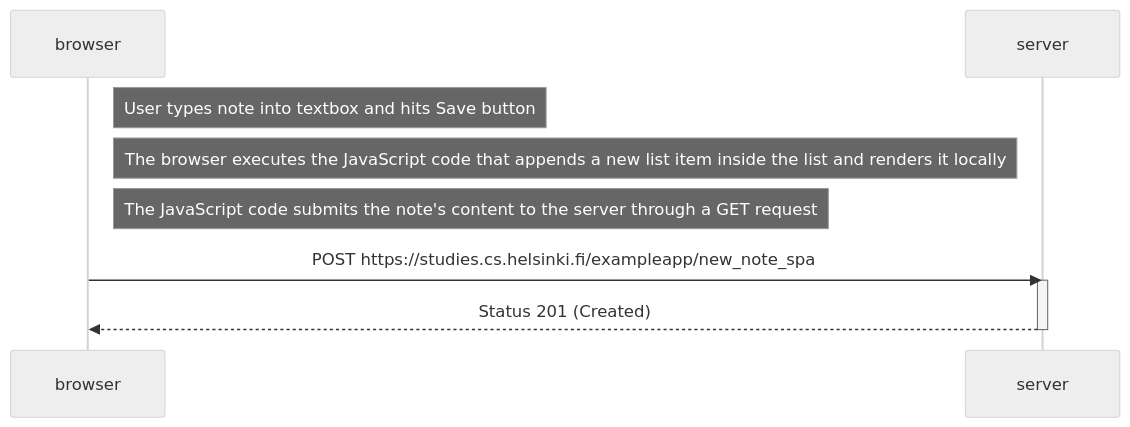
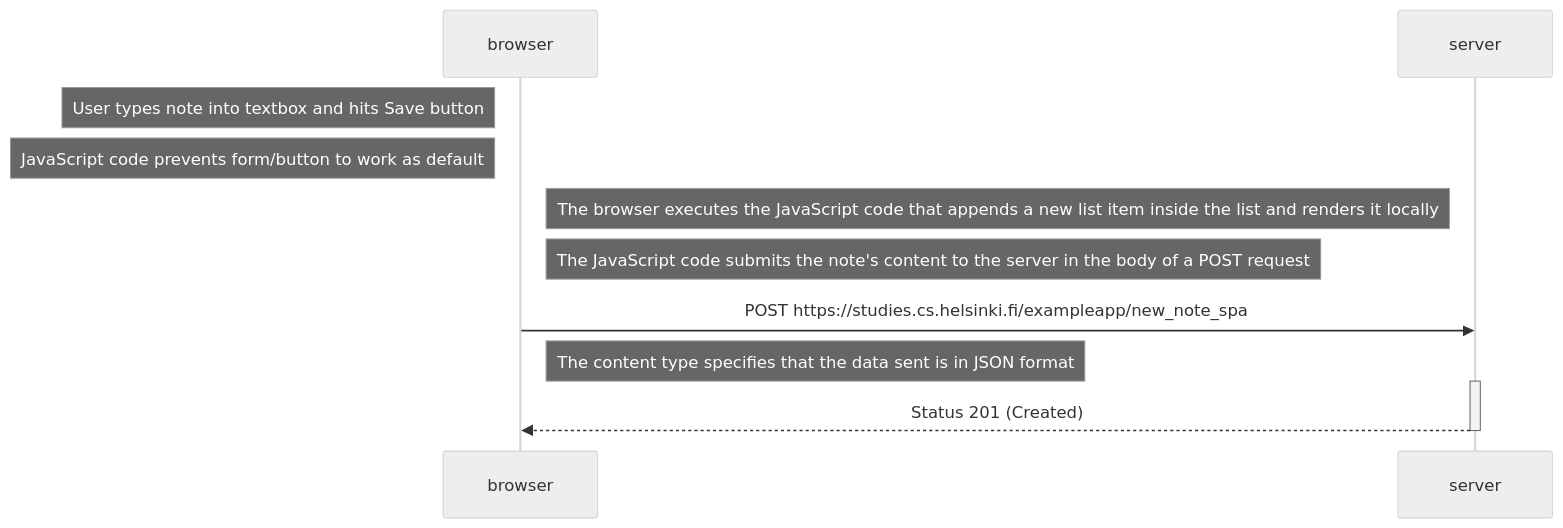
The diagram in part0/6.md (jchvz-dev/fullStackOpen), drawn with Mermaid (neutral theme) before and after one commit.

````diff
--- a/part0/6.md
+++ b/part0/6.md
@@ -2,15 +2,19 @@
 ```mermaid
 sequenceDiagram
     participant browser
     participant server
 
-    Note right of browser: User types note into textbox and hits Save button
+    Note left of browser: User types note into textbox and hits Save button
+    Note left of browser: JavaScript code prevents form/button to work as default
+
     Note right of browser: The browser executes the JavaScript code that appends a new list item inside the list and renders it locally
-    Note right of browser: The JavaScript code submits the note's content to the server through a GET request
+    Note right of browser: The JavaScript code submits the note's content to the server in the body of a POST request
+    
+    browser->>server: POST https://studies.cs.helsinki.fi/exampleapp/new_note_spa
+    Note right of browser: The content type specifies that the data sent is in JSON format
 
-    browser->>server: POST https://studies.cs.helsinki.fi/exampleapp/new_note_spa
     activate server
     server-->>browser: Status 201 (Created)
     deactivate server
     activate browser
 ```
````
